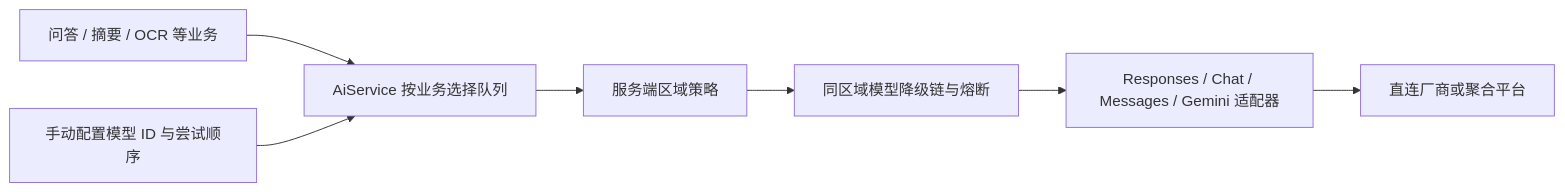
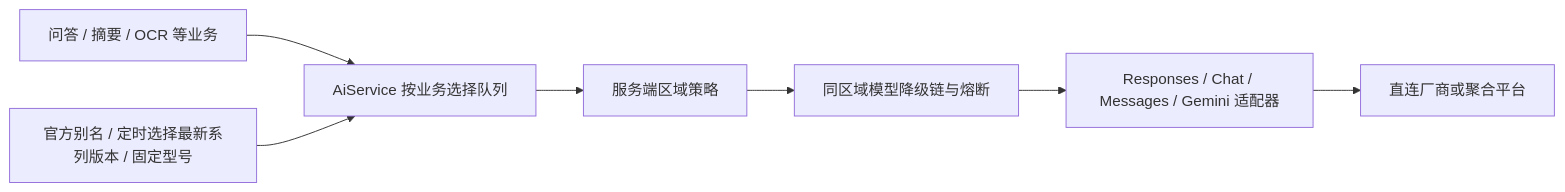
One commit to GdeiAssistant/GdeiAssistant changed the diagram in docs/AI_SERVICES.zh-CN.md. Above: the diagram before and after it, drawn with Mermaid. The commit also changed other lines of this file and 10 other files, not shown here.

````diff
--- a/docs/AI_SERVICES.zh-CN.md
+++ b/docs/AI_SERVICES.zh-CN.md
@@ -7,9 +7,9 @@
 ```mermaid
 flowchart LR
   Business[问答 / 摘要 / OCR 等业务] --> Service[AiService 按业务选择队列]
   Service --> Policy[服务端区域策略]
   Policy --> Chain[同区域模型降级链与熔断]
   Chain --> Adapter[Responses / Chat / Messages / Gemini 适配器]
   Adapter --> Platform[直连厂商或聚合平台]
-  Config[手动配置模型 ID 与尝试顺序] --> Service
+  Config[官方别名 / 定时选择最新系列版本 / 固定型号] --> Service
 ```
````
